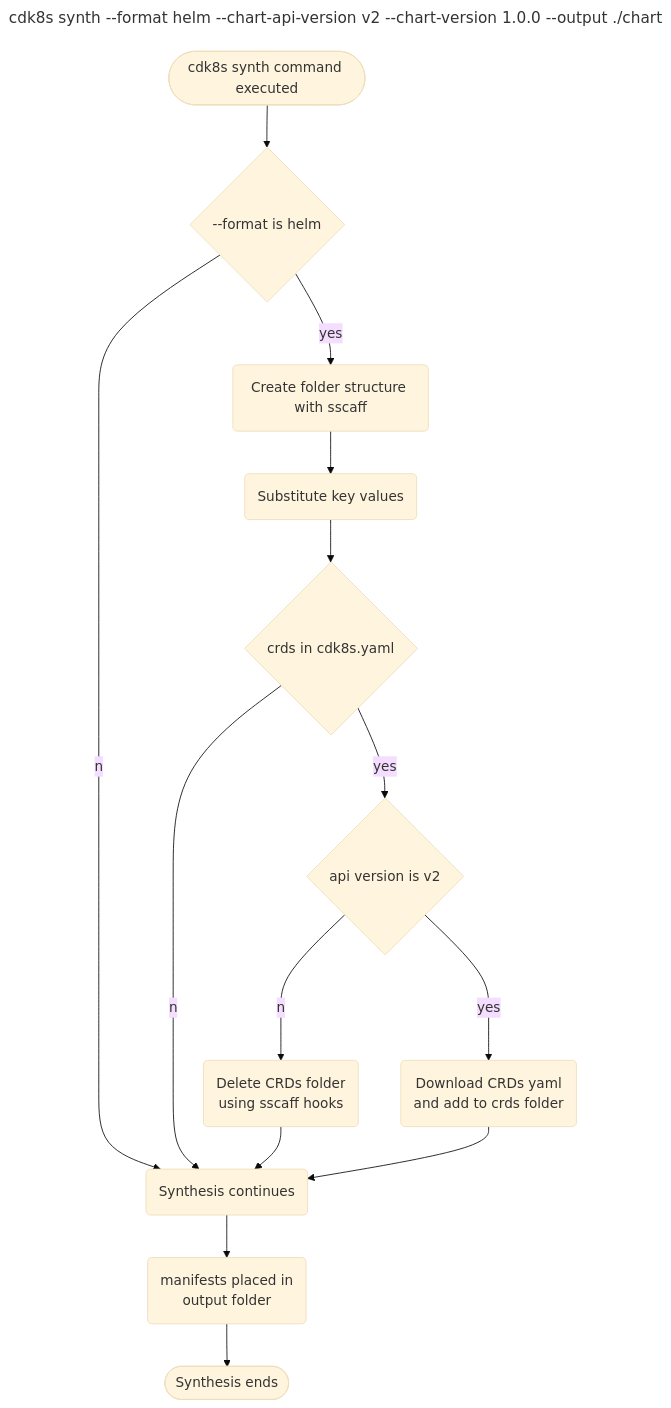
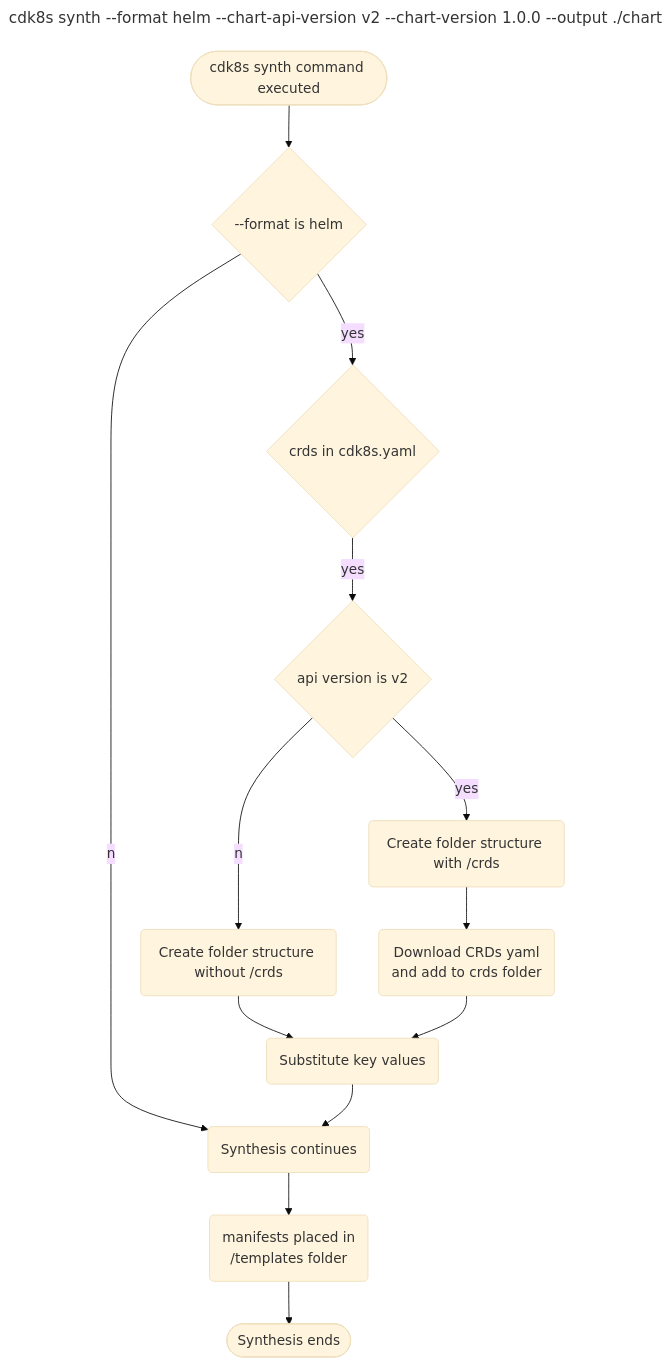
Before and after one commit to cdk8s-team/cdk8s: the diagram in rfc/helm-synthesis.md, drawn with Mermaid (base theme). The commit also changed other lines of this file, not shown here.

````diff
--- a/rfc/helm-synthesis.md
+++ b/rfc/helm-synthesis.md
@@ -102,20 +142,19 @@
 ```mermaid
 ---
 title: cdk8s synth --format helm --chart-api-version v2 --chart-version 1.0.0 --output ./chart
 ---
 flowchart TD
     A([cdk8s synth command executed])
     A --> B{--format is helm} 
     B --no--> C(Synthesis continues)
-    B --yes--> D(Create folder structure with sscaff)
-    D --> E(Substitute key values)
-    E --> F{crds in cdk8s.yaml}
-    F --no--> C
-    F --yes--> G{api version is v2}
-    G --no--> H(Delete CRDs folder \nusing sscaff hooks)
+    B --yes--> D{crds in cdk8s.yaml}
+    D --yes--> E{api version is v2}
+    E --yes--> F(Create folder structure with /crds)
+    E --no--> G(Create folder structure without /crds)
+    G --> H(Substitute key values)
+    F --> I(Download CRDs yaml \n and add to crds folder)
+    I --> H
     H --> C
-    G --yes--> I(Download CRDs yaml \n and add to crds folder)
-    I --> C
-    C --> J(manifests placed in \n output folder)
+    C --> J(manifests placed in \n /templates folder)
     J --> K([Synthesis ends])
 ```
````
